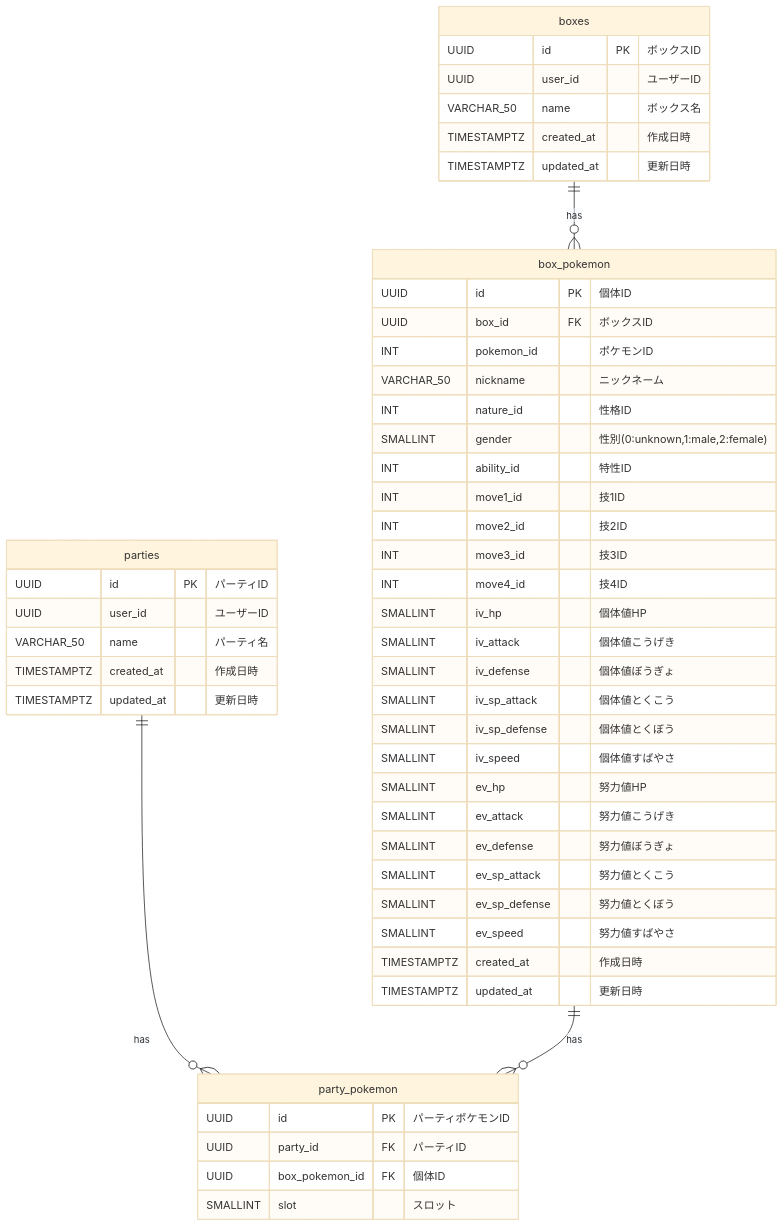
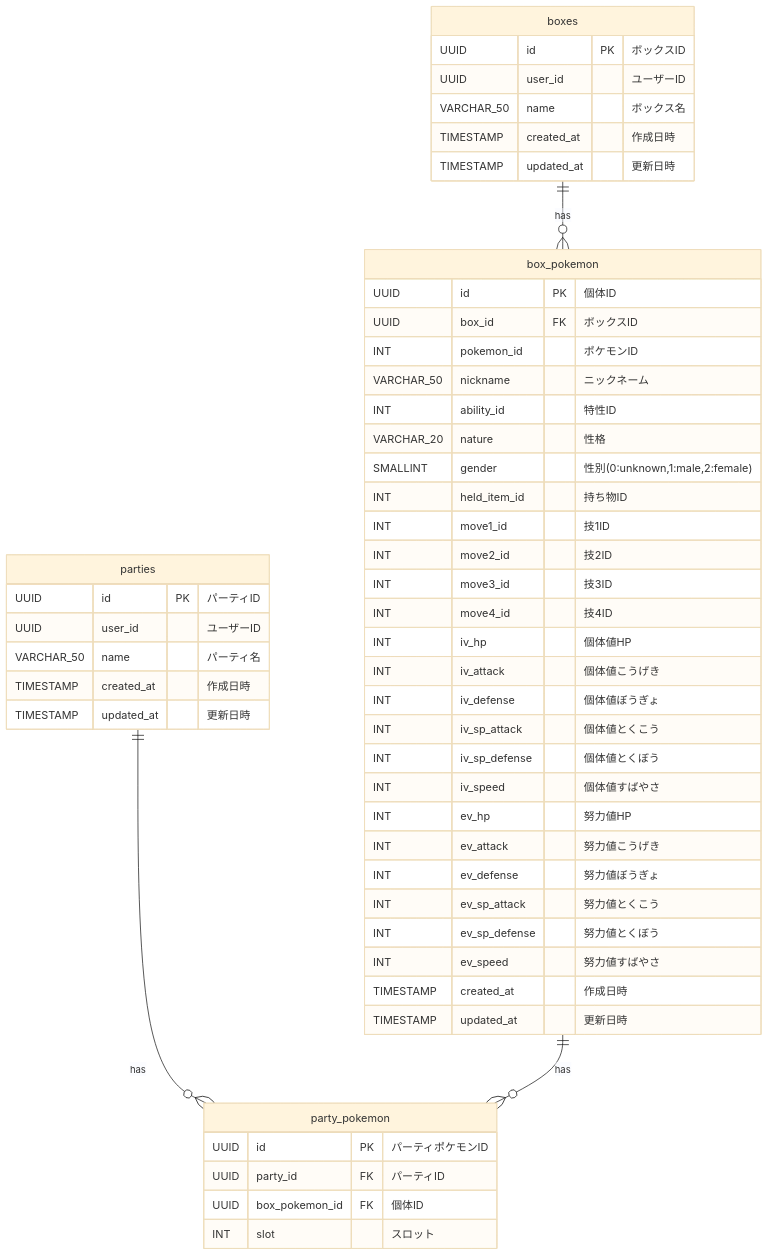
Before and after one commit to Nahaq789/pob: the diagram in docs/er/box.md, drawn with Mermaid (base theme). The commit also changed 2 other files, not shown here.

````diff
--- a/docs/er/box.md
+++ b/docs/er/box.md
@@ -1,57 +1,58 @@
 ```mermaid
 erDiagram
     boxes {
         UUID id PK "ボックスID"
         UUID user_id "ユーザーID"
         VARCHAR_50 name "ボックス名"
-        TIMESTAMPTZ created_at "作成日時"
-        TIMESTAMPTZ updated_at "更新日時"
+        TIMESTAMP created_at "作成日時"
+        TIMESTAMP updated_at "更新日時"
     }
 
     box_pokemon {
         UUID id PK "個体ID"
         UUID box_id FK "ボックスID"
         INT pokemon_id "ポケモンID"
         VARCHAR_50 nickname "ニックネーム"
-        INT nature_id "性格ID"
+        INT ability_id "特性ID"
+        VARCHAR_20 nature "性格"
         SMALLINT gender "性別(0:unknown,1:male,2:female)"
-        INT ability_id "特性ID"
+        INT held_item_id "持ち物ID"
         INT move1_id "技1ID"
         INT move2_id "技2ID"
         INT move3_id "技3ID"
         INT move4_id "技4ID"
-        SMALLINT iv_hp "個体値HP"
-        SMALLINT iv_attack "個体値こうげき"
-        SMALLINT iv_defense "個体値ぼうぎょ"
-        SMALLINT iv_sp_attack "個体値とくこう"
-        SMALLINT iv_sp_defense "個体値とくぼう"
-        SMALLINT iv_speed "個体値すばやさ"
-        SMALLINT ev_hp "努力値HP"
-        SMALLINT ev_attack "努力値こうげき"
-        SMALLINT ev_defense "努力値ぼうぎょ"
-        SMALLINT ev_sp_attack "努力値とくこう"
-        SMALLINT ev_sp_defense "努力値とくぼう"
-        SMALLINT ev_speed "努力値すばやさ"
-        TIMESTAMPTZ created_at "作成日時"
-        TIMESTAMPTZ updated_at "更新日時"
+        INT iv_hp "個体値HP"
+        INT iv_attack "個体値こうげき"
+        INT iv_defense "個体値ぼうぎょ"
+        INT iv_sp_attack "個体値とくこう"
+        INT iv_sp_defense "個体値とくぼう"
+        INT iv_speed "個体値すばやさ"
+        INT ev_hp "努力値HP"
+        INT ev_attack "努力値こうげき"
+        INT ev_defense "努力値ぼうぎょ"
+        INT ev_sp_attack "努力値とくこう"
+        INT ev_sp_defense "努力値とくぼう"
+        INT ev_speed "努力値すばやさ"
+        TIMESTAMP created_at "作成日時"
+        TIMESTAMP updated_at "更新日時"
     }
 
     parties {
         UUID id PK "パーティID"
         UUID user_id "ユーザーID"
         VARCHAR_50 name "パーティ名"
-        TIMESTAMPTZ created_at "作成日時"
-        TIMESTAMPTZ updated_at "更新日時"
+        TIMESTAMP created_at "作成日時"
+        TIMESTAMP updated_at "更新日時"
     }
 
     party_pokemon {
         UUID id PK "パーティポケモンID"
         UUID party_id FK "パーティID"
         UUID box_pokemon_id FK "個体ID"
-        SMALLINT slot "スロット"
+        INT slot "スロット"
     }
 
     boxes ||--o{ box_pokemon : "has"
     parties ||--o{ party_pokemon : "has"
     box_pokemon ||--o{ party_pokemon : "has"
 ```
````
